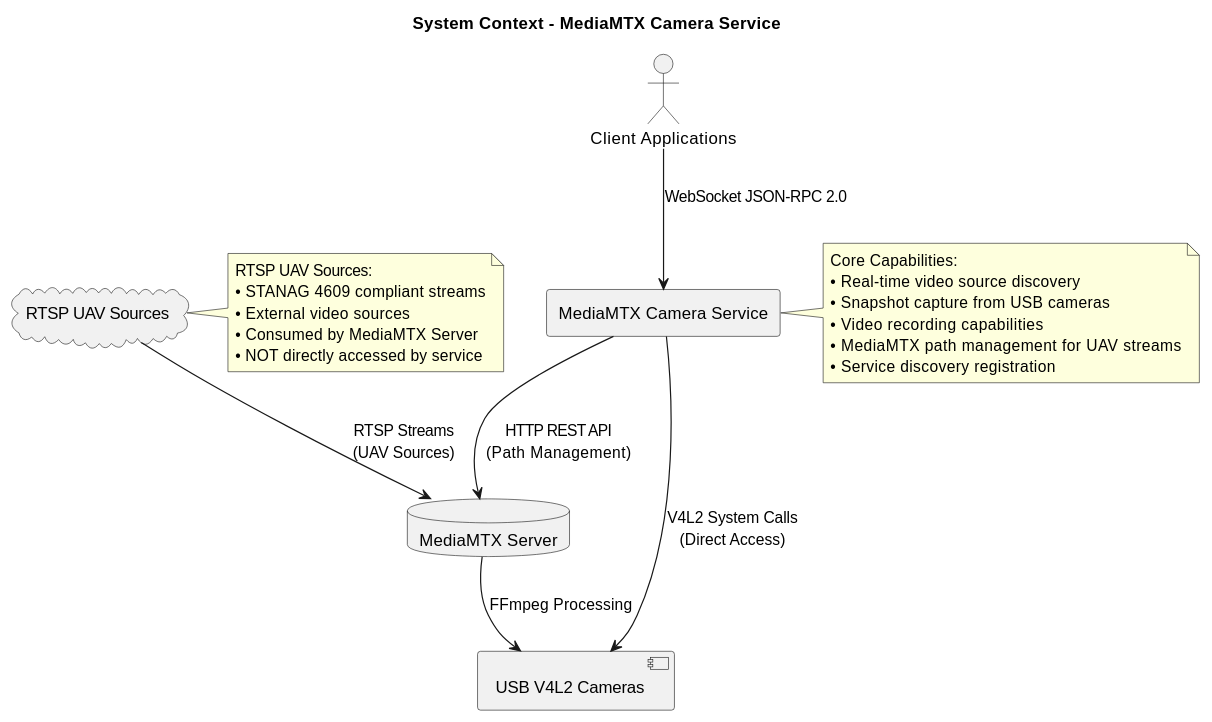
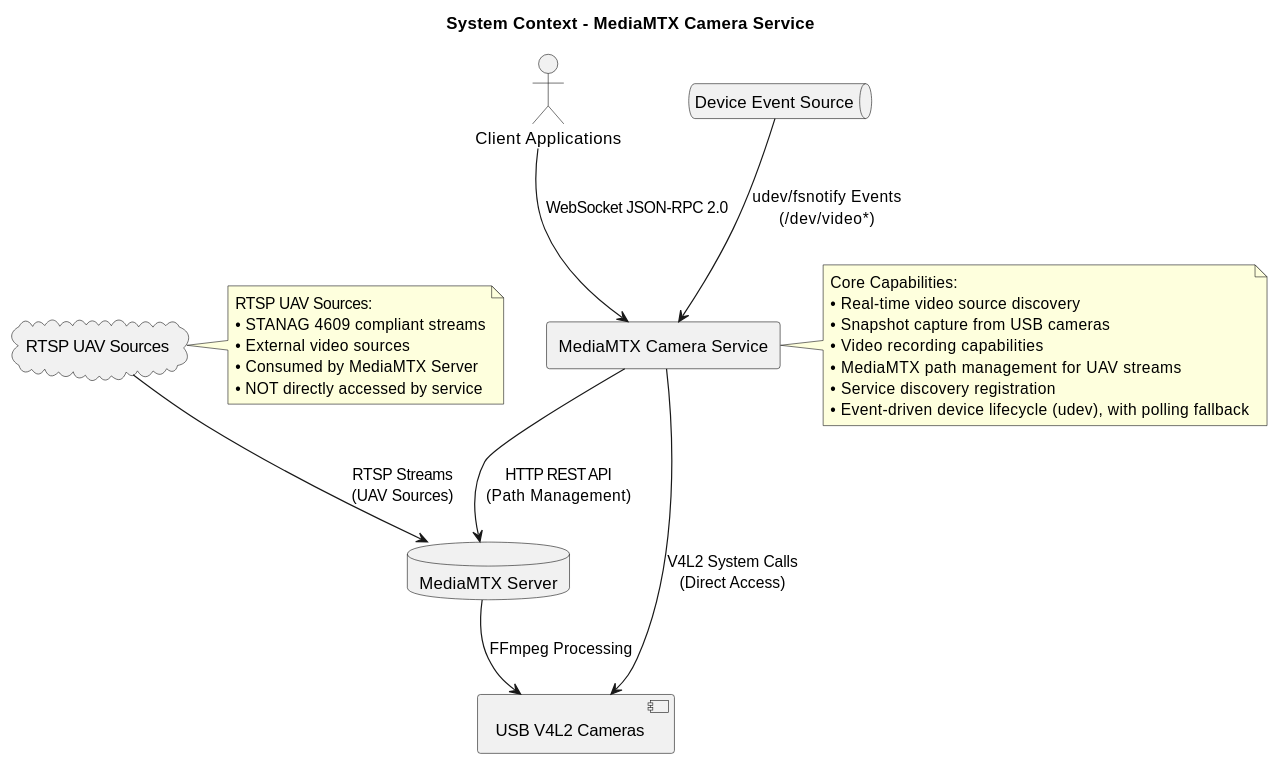
The first of 25 diagrams in mediamtx-camera-service-go/docs/architecture/go-architecture-guide.md (CarlosSprekelsen/CameraRecorder), drawn with PlantUML before and after one commit. The commit also changed other lines of this file and 4 other files, not shown here.

````diff
--- a/mediamtx-camera-service-go/docs/architecture/go-architecture-guide.md
+++ b/mediamtx-camera-service-go/docs/architecture/go-architecture-guide.md
@@ -20,35 +20,38 @@
 ```plantuml
 @startuml SystemContext
 title System Context - MediaMTX Camera Service
 
 actor "Client Applications" as client
 rectangle "MediaMTX Camera Service" as service
 database "MediaMTX Server" as mediamtx
 component "USB V4L2 Cameras" as cameras
 cloud "RTSP UAV Sources" as rtsp
+queue "Device Event Source" as devsrc
 
 client --> service : WebSocket JSON-RPC 2.0
 service --> mediamtx : HTTP REST API\n(Path Management)
 service --> cameras : V4L2 System Calls\n(Direct Access)
 rtsp --> mediamtx : RTSP Streams\n(UAV Sources)
 mediamtx --> cameras : FFmpeg Processing
+devsrc --> service : udev/fsnotify Events\n(/dev/video*)
 
 note right of service
   Core Capabilities:
   • Real-time video source discovery
   • Snapshot capture from USB cameras
   • Video recording capabilities
   • MediaMTX path management for UAV streams
   • Service discovery registration
+  • Event-driven device lifecycle (udev), with polling fallback
 end note
 
 note right of rtsp
   RTSP UAV Sources:
   • STANAG 4609 compliant streams
   • External video sources
   • Consumed by MediaMTX Server
   • NOT directly accessed by service
 end note
 
 @enduml
 ```
````
